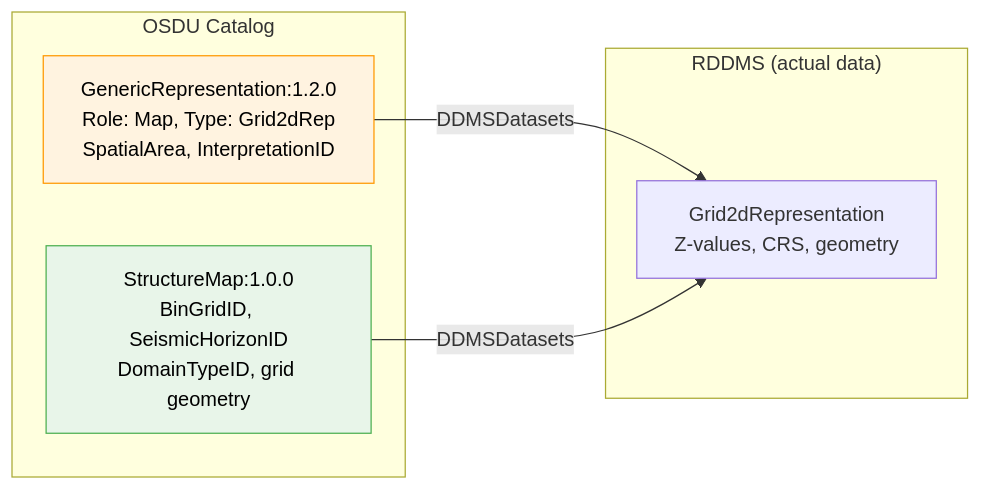
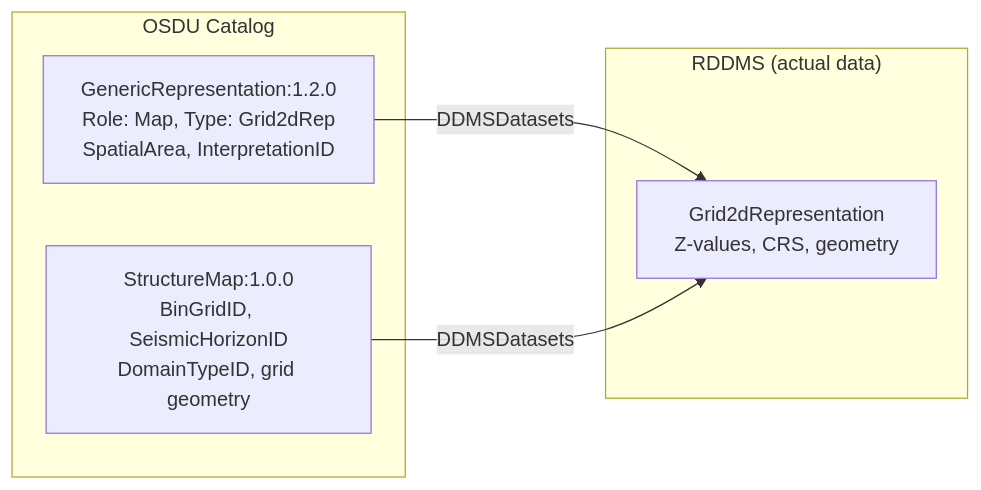
One commit to marcusapel/ores changed the seventh of 8 diagrams in md/SeisInt.md. Above: the diagram before and after it, drawn with Mermaid. The commit also changed other lines of this file and 7 other files, not shown here.

````diff
--- a/md/SeisInt.md
+++ b/md/SeisInt.md
@@ -459,14 +368,12 @@
 ```mermaid
 flowchart LR
     subgraph RDDMS["RDDMS (actual data)"]
         G2D["Grid2dRepresentation<br/>Z-values, CRS, geometry"]
     end
     subgraph OSDU["OSDU Catalog"]
         GR["GenericRepresentation:1.2.0<br/>Role: Map, Type: Grid2dRep<br/>SpatialArea, InterpretationID"]
         SM["StructureMap:1.0.0<br/>BinGridID, SeismicHorizonID<br/>DomainTypeID, grid geometry"]
     end
     GR -->|DDMSDatasets| G2D
     SM -->|DDMSDatasets| G2D
-    style GR fill:#fff3e0,stroke:#ff9800,color:#000
-    style SM fill:#e8f5e9,stroke:#4caf50,color:#000
 ```
````
